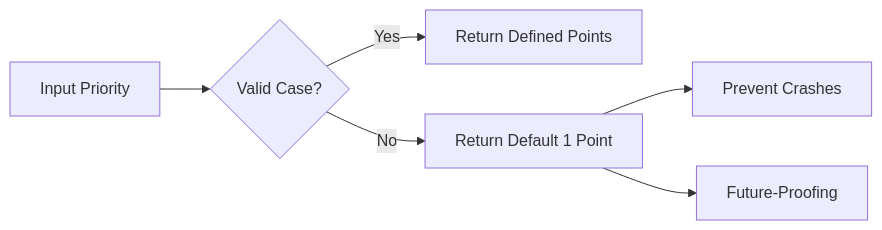
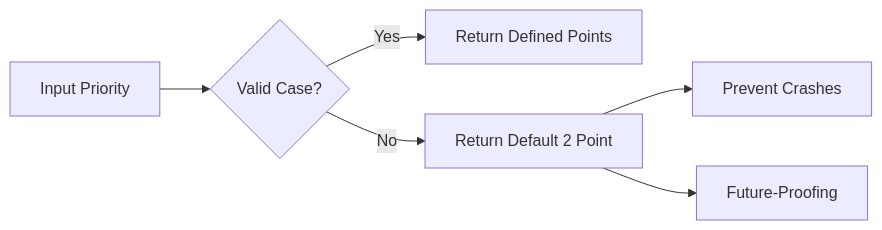
One commit to Saransh-Sharma/Tasker changed the third of 3 diagrams in .qoder/repowiki/en/content/Analytics and Daily Scoring/Scoring Algorithm.md. Above: the diagram before and after it, drawn with Mermaid. The commit also changed other lines of this file and 18 other files, not shown here.

````diff
--- a/.qoder/repowiki/en/content/Analytics and Daily Scoring/Scoring Algorithm.md
+++ b/.qoder/repowiki/en/content/Analytics and Daily Scoring/Scoring Algorithm.md
@@ -132,8 +151,8 @@
 ```mermaid
 flowchart LR
 A[Input Priority] --> B{Valid Case?}
 B --> |Yes| C[Return Defined Points]
-B --> |No| D[Return Default 1 Point]
+B --> |No| D[Return Default 2 Point]
 D --> E[Prevent Crashes]
 D --> F[Future-Proofing]
 ```
````
